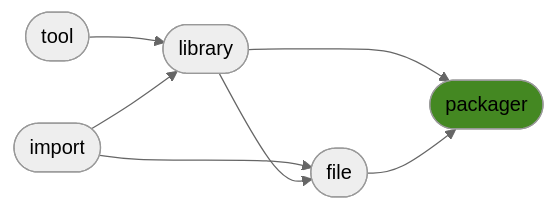
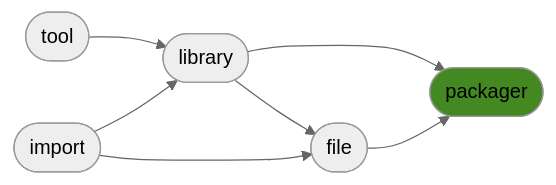
The diagram in README.md (ManderaGeneral/generalpackager), drawn with Mermaid (neutral theme) before and after one commit. The commit also changed other lines of this file and 1 other file, not shown here.

````diff
--- a/README.md
+++ b/README.md
@@ -24,15 +24,15 @@
 ```mermaid
 flowchart LR
+1([tool]) --> 2([library])
+2([library]) --> 3([file])
+0([import]) --> 3([file])
 2([library]) --> 4([packager])
-1([tool]) --> 2([library])
-0([import]) --> 3([file])
+3([file]) --> 4([packager])
 0([import]) --> 2([library])
-2([library]) --> 3([file])
-3([file]) --> 4([packager])
 click 0 "https://github.com/ManderaGeneral/generalimport"
 click 1 "https://github.com/ManderaGeneral/generaltool"
 click 2 "https://github.com/ManderaGeneral/generallibrary"
 click 3 "https://github.com/ManderaGeneral/generalfile"
 click 4 "https://github.com/ManderaGeneral/generalpackager"
 style 4 fill:#482
 ```
````
